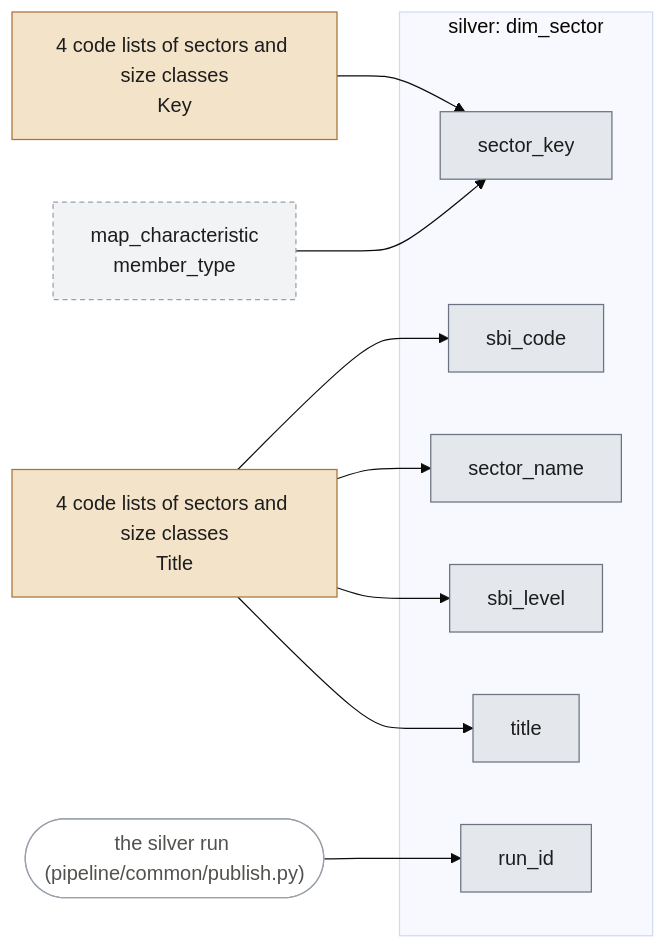
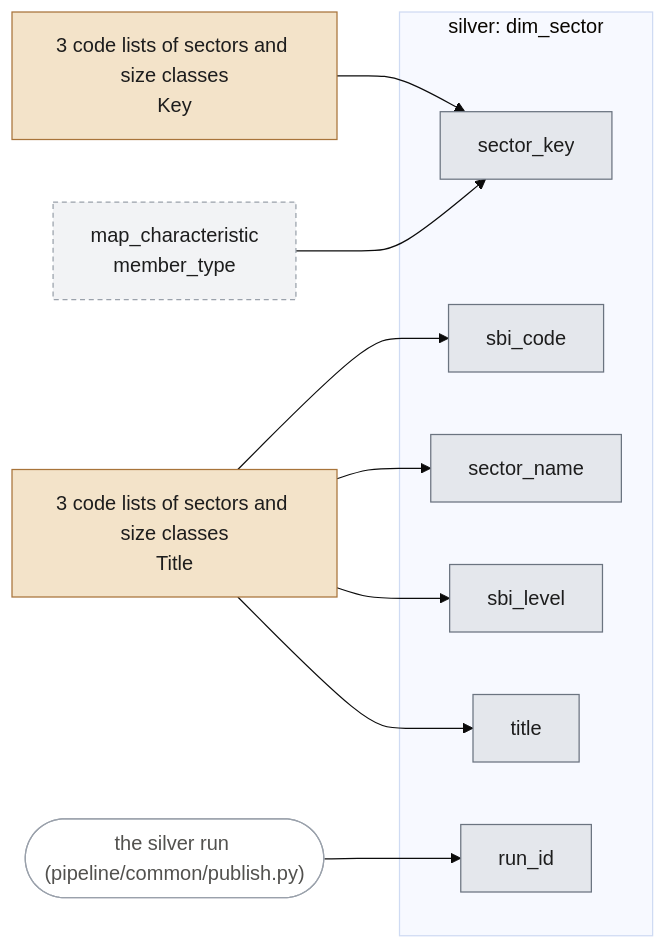
Before and after one commit to stefancodecommit/AOV_Lakehouse: the third of 18 diagrams in docs/lineage.md, drawn with Mermaid (base theme). The commit also changed other lines of this file and 20 other files, not shown here.

````diff
--- a/docs/lineage.md
+++ b/docs/lineage.md
@@ -185,27 +178,27 @@
 ```mermaid
 flowchart LR
-  n_src_80072ned_bedrijfskenmerkensbi2008_81589ned_bedrijfstakkenbranchessbi2008_83130ned_bedrijfskenmerken_86009ned_bedrijfskenmerken_Key["4 code lists of sectors and size classes<br/>Key"]:::bronze
-  n_src_80072ned_bedrijfskenmerkensbi2008_81589ned_bedrijfstakkenbranchessbi2008_83130ned_bedrijfskenmerken_86009ned_bedrijfskenmerken_Title["4 code lists of sectors and size classes<br/>Title"]:::bronze
+  n_src_80072ned_bedrijfskenmerkensbi2008_81589ned_bedrijfstakkenbranchessbi2008_86009ned_bedrijfskenmerken_Key["3 code lists of sectors and size classes<br/>Key"]:::bronze
+  n_src_80072ned_bedrijfskenmerkensbi2008_81589ned_bedrijfstakkenbranchessbi2008_86009ned_bedrijfskenmerken_Title["3 code lists of sectors and size classes<br/>Title"]:::bronze
   n_src_silver_map_characteristic_member_type["map_characteristic<br/>member_type"]:::silverref
   run(["the silver run (pipeline/common/publish.py)"]):::run
   subgraph n_tbl_dim_sector["silver: dim_sector"]
     n_col_sector_key["sector_key"]:::silver
     n_col_sbi_code["sbi_code"]:::silver
     n_col_sector_name["sector_name"]:::silver
     n_col_sbi_level["sbi_level"]:::silver
     n_col_title["title"]:::silver
     n_col_run_id["run_id"]:::silver
   end
-  n_src_80072ned_bedrijfskenmerkensbi2008_81589ned_bedrijfstakkenbranchessbi2008_83130ned_bedrijfskenmerken_86009ned_bedrijfskenmerken_Key --> n_col_sector_key
+  n_src_80072ned_bedrijfskenmerkensbi2008_81589ned_bedrijfstakkenbranchessbi2008_86009ned_bedrijfskenmerken_Key --> n_col_sector_key
   n_src_silver_map_characteristic_member_type --> n_col_sector_key
-  n_src_80072ned_bedrijfskenmerkensbi2008_81589ned_bedrijfstakkenbranchessbi2008_83130ned_bedrijfskenmerken_86009ned_bedrijfskenmerken_Title --> n_col_sbi_code
-  n_src_80072ned_bedrijfskenmerkensbi2008_81589ned_bedrijfstakkenbranchessbi2008_83130ned_bedrijfskenmerken_86009ned_bedrijfskenmerken_Title --> n_col_sector_name
-  n_src_80072ned_bedrijfskenmerkensbi2008_81589ned_bedrijfstakkenbranchessbi2008_83130ned_bedrijfskenmerken_86009ned_bedrijfskenmerken_Title --> n_col_sbi_level
-  n_src_80072ned_bedrijfskenmerkensbi2008_81589ned_bedrijfstakkenbranchessbi2008_83130ned_bedrijfskenmerken_86009ned_bedrijfskenmerken_Title --> n_col_title
+  n_src_80072ned_bedrijfskenmerkensbi2008_81589ned_bedrijfstakkenbranchessbi2008_86009ned_bedrijfskenmerken_Title --> n_col_sbi_code
+  n_src_80072ned_bedrijfskenmerkensbi2008_81589ned_bedrijfstakkenbranchessbi2008_86009ned_bedrijfskenmerken_Title --> n_col_sector_name
+  n_src_80072ned_bedrijfskenmerkensbi2008_81589ned_bedrijfstakkenbranchessbi2008_86009ned_bedrijfskenmerken_Title --> n_col_sbi_level
+  n_src_80072ned_bedrijfskenmerkensbi2008_81589ned_bedrijfstakkenbranchessbi2008_86009ned_bedrijfskenmerken_Title --> n_col_title
   run --> n_col_run_id
   classDef bronze fill:#f3e3c9,stroke:#a8743a,color:#1d1d1d
   classDef silver fill:#e4e7ec,stroke:#6b7480,color:#1d1d1d
   classDef gold fill:#f6ecb8,stroke:#9c7f12,color:#1d1d1d
   classDef silverref fill:#f2f3f5,stroke:#9aa1ab,stroke-dasharray:4 3,color:#1d1d1d
   classDef run fill:#ffffff,stroke:#9aa1ab,color:#52514e
 ```
````
